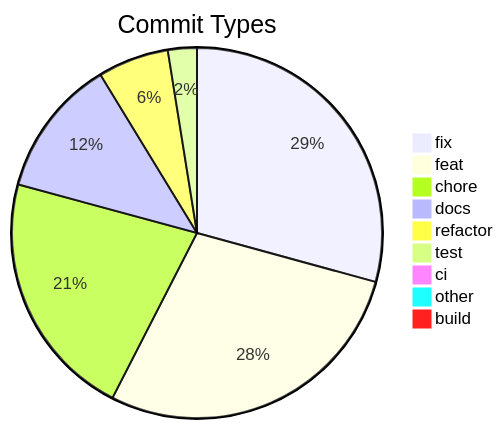
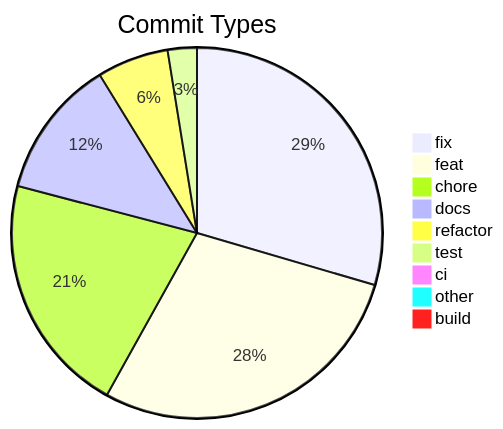
One commit to svenroth-ai/shipwright changed the diagram in .shipwright/compliance/change-history.md. Above: the diagram before and after it, drawn with Mermaid. The commit also changed other lines of this file and 8 other files, not shown here.

````diff
--- a/.shipwright/compliance/change-history.md
+++ b/.shipwright/compliance/change-history.md
@@ -10,12 +10,12 @@
 ```mermaid
 pie title Commit Types
-    "fix" : 359
-    "feat" : 347
-    "chore" : 266
+    "fix" : 360
+    "feat" : 348
+    "chore" : 256
     "docs" : 148
     "refactor" : 76
     "test" : 31
     "ci" : 11
     "other" : 9
     "build" : 1
 ```
````
